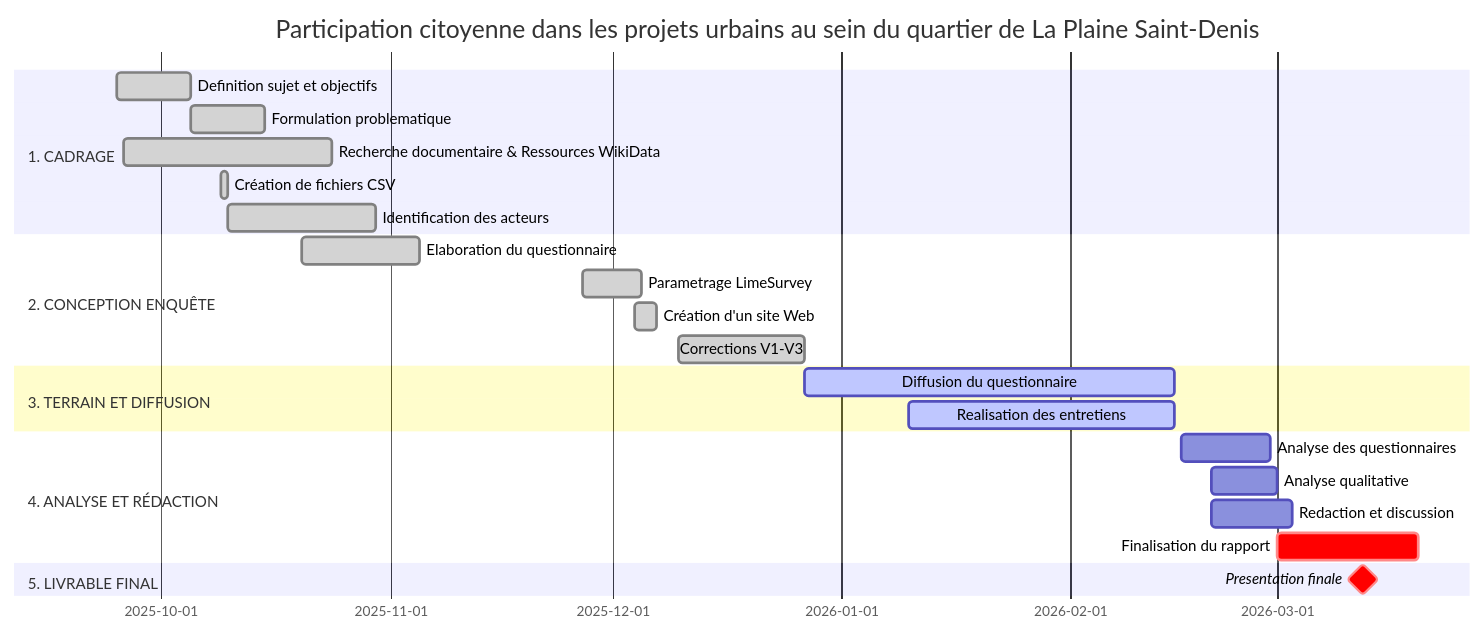
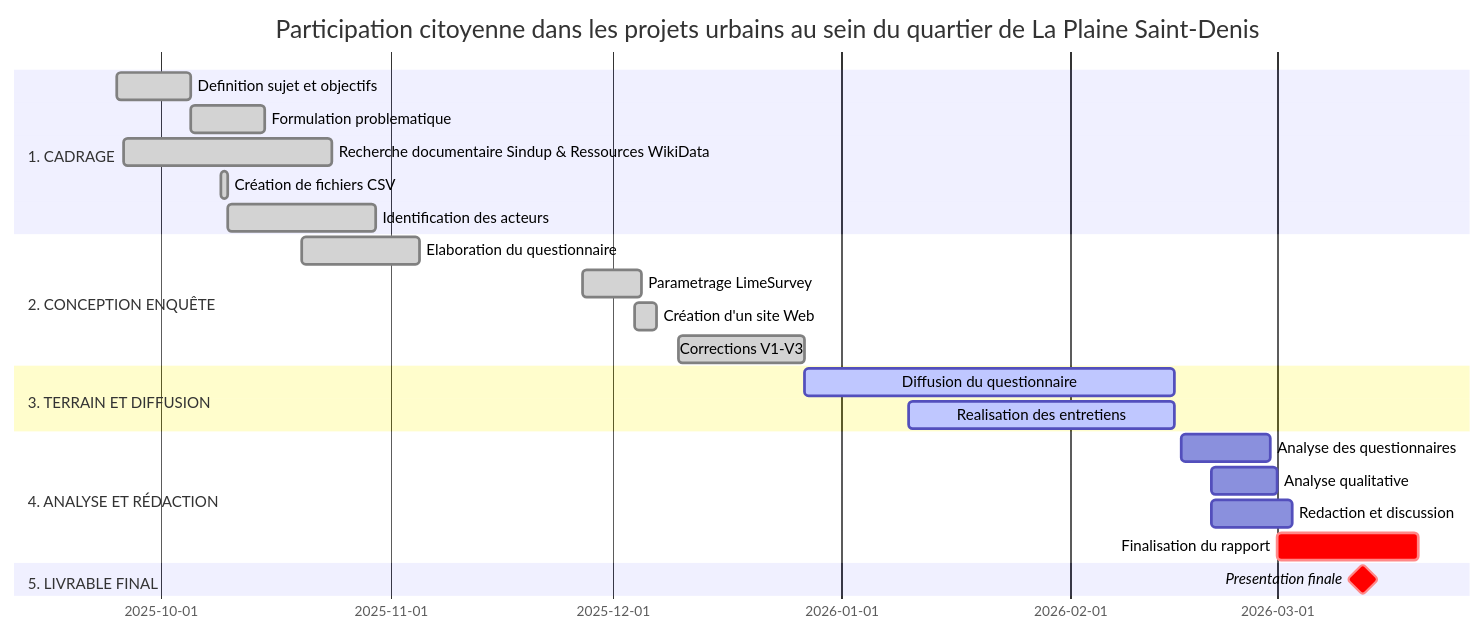
One commit to kahiarchi/LeBatiment_PlaineSaintDenis changed the diagram in acteurskahiarchiR.md. Above: the diagram before and after it, drawn with Mermaid.

````diff
--- a/acteurskahiarchiR.md
+++ b/acteurskahiarchiR.md
@@ -1,31 +1,31 @@
 ```mermaid
 gantt
     
     title Participation citoyenne dans les projets urbains au sein du quartier de La Plaine Saint-Denis
     dateFormat  YYYY-MM-DD
     section 1. CADRAGE 
     Definition sujet et objectifs    :done, t1, 2025-09-25, 2025-10-05
     Formulation problematique        :done, t2, 2025-10-05, 2025-10-15
-    Recherche documentaire & Ressources WikiData  :done, t3, 2025-09-26, 2025-10-24
+    Recherche documentaire Sindup & Ressources WikiData  :done, t3, 2025-09-26, 2025-10-24
     Création de fichiers CSV         :done, t4, 2025-10-09, 2025-10-10
     Identification des acteurs       :done, t5, 2025-10-10, 2025-10-30
 
     section 2. CONCEPTION ENQUÊTE
     Elaboration du questionnaire     :done, t6, 2025-10-20, 2025-11-05
     Parametrage LimeSurvey           :done, t7, 2025-11-27, 2025-12-05
     Création d'un site Web           :done, t8, 2025-12-04, 2025-12-07
     Corrections V1-V3                :done, t9, 2025-12-10, 2025-12-27
 
     section 3. TERRAIN ET DIFFUSION
     Diffusion du questionnaire       :active, t12, 2025-12-27, 2026-02-15
     Realisation des entretiens       :active, t15, 2026-01-10, 2026-02-15
 
     section 4. ANALYSE ET RÉDACTION
     Analyse des questionnaires       :t16, 2026-02-16, 2026-02-28
     Analyse qualitative              :t17, 2026-02-20, 2026-03-01
     Redaction et discussion          :t18, 2026-02-20, 2026-03-03
     Finalisation du rapport          :crit, t19, 2026-03-01, 2026-03-20
 
     section 5. LIVRABLE FINAL
     Presentation finale              :crit, milestone, 2026-03-05
 ```
````
